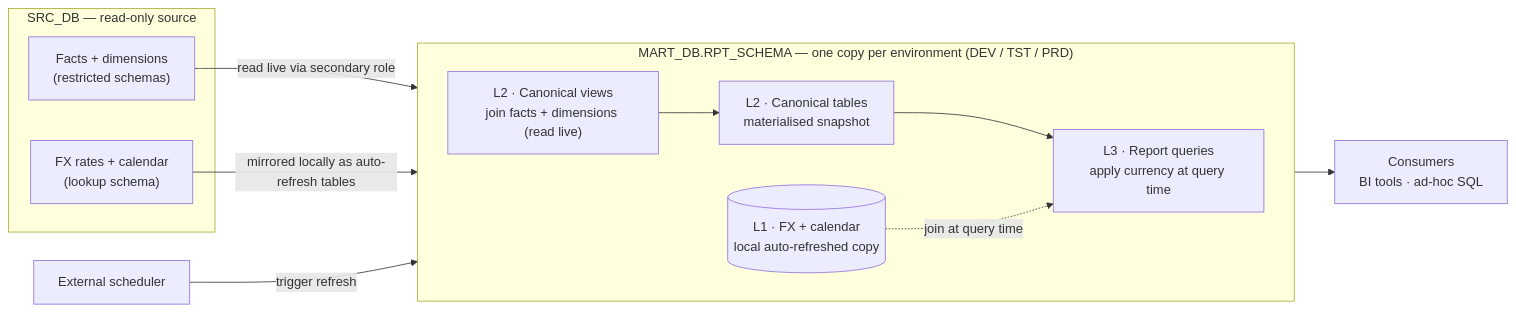
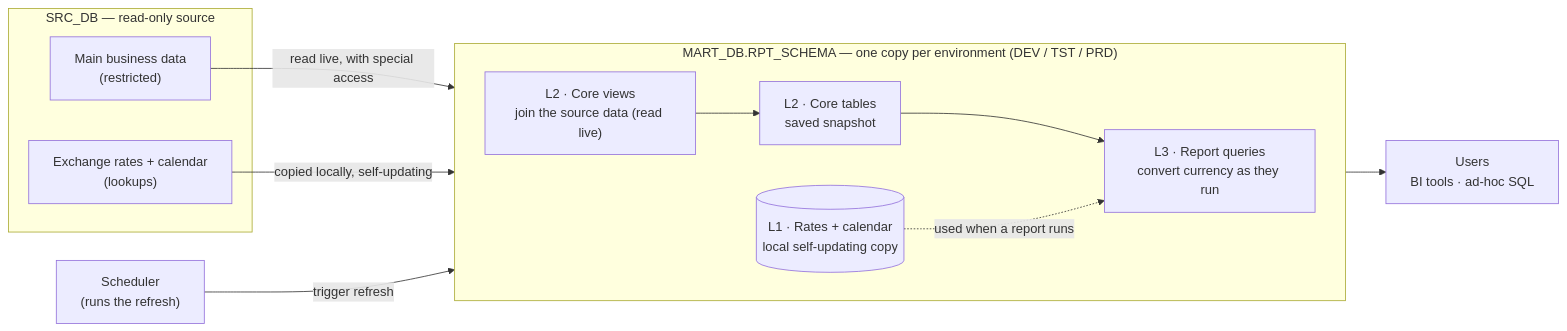
The first of 5 diagrams in README.md (hsg09/governed-reporting-data-mart-snowflake), drawn with Mermaid before and after one commit. The commit also changed other lines of this file, not shown here.

````diff
--- a/README.md
+++ b/README.md
@@ -63,25 +68,25 @@
 ```mermaid
 graph LR
     subgraph SRC["SRC_DB — read-only source"]
-        FACTS["Facts + dimensions<br/>(restricted schemas)"]
-        LKPS["FX rates + calendar<br/>(lookup schema)"]
+        FACTS["Main business data<br/>(restricted)"]
+        LKPS["Exchange rates + calendar<br/>(lookups)"]
     end
 
     subgraph MART["MART_DB.RPT_SCHEMA — one copy per environment (DEV / TST / PRD)"]
         direction LR
-        UV["L2 · Canonical views<br/>join facts + dimensions (read live)"]
-        MT["L2 · Canonical tables<br/>materialised snapshot"]
-        RP["L3 · Report queries<br/>apply currency at query time"]
-        FXC[("L1 · FX + calendar<br/>local auto-refreshed copy")]
+        UV["L2 · Core views<br/>join the source data (read live)"]
+        MT["L2 · Core tables<br/>saved snapshot"]
+        RP["L3 · Report queries<br/>convert currency as they run"]
+        FXC[("L1 · Rates + calendar<br/>local self-updating copy")]
         UV --> MT --> RP
-        FXC -. join at query time .-> RP
+        FXC -. used when a report runs .-> RP
     end
 
-    ORCH["External scheduler"]
-    CONS["Consumers<br/>BI tools · ad-hoc SQL"]
+    ORCH["Scheduler<br/>(runs the refresh)"]
+    CONS["Users<br/>BI tools · ad-hoc SQL"]
 
-    FACTS -->|read live via secondary role| UV
-    LKPS  -->|mirrored locally as auto-refresh tables| FXC
+    FACTS -->|read live, with special access| UV
+    LKPS  -->|copied locally, self-updating| FXC
     ORCH  -->|trigger refresh| MT
     RP --> CONS
 ```
````
